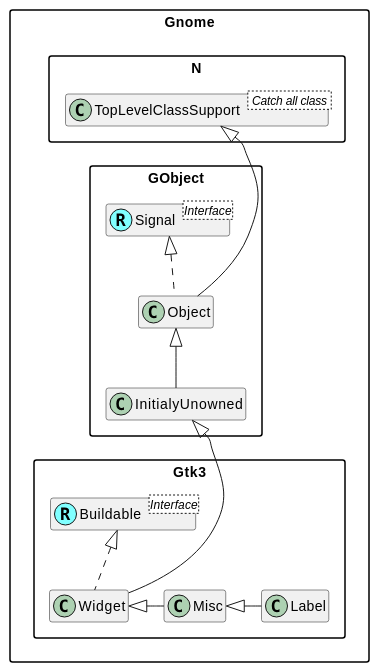
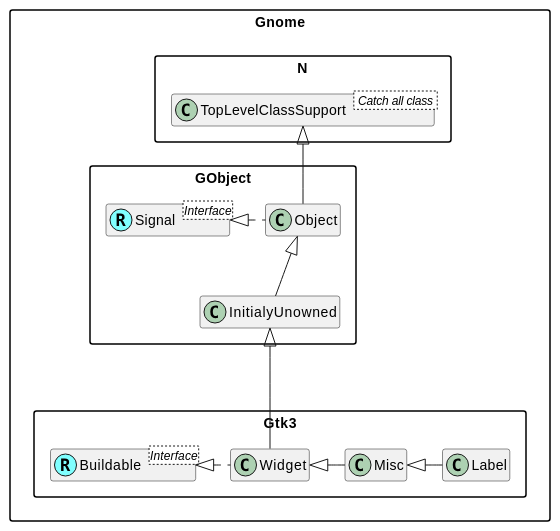
One commit to MARTIMM/gnome-gtk3 changed the diagram in doc/plantuml/Label.md. Above: the diagram before and after it, drawn with PlantUML. The commit also changed other lines of this file and 1 other file, not shown here.

Commit message:
label uml

````diff
--- a/doc/plantuml/Label.md
+++ b/doc/plantuml/Label.md
@@ -1,67 +1,30 @@
 ```plantuml
 @startuml
 'scale 0.9
 skinparam packageStyle rectangle
 skinparam stereotypeCBackgroundColor #80ffff
 set namespaceSeparator ::
 hide members
 
 
 class Gnome::N::TopLevelClassSupport < Catch all class >
-Gnome::N::TopLevelClassSupport <|--- Gnome::GObject::Object
+Gnome::N::TopLevelClassSupport <|-- Gnome::GObject::Object
 
 Interface Gnome::GObject::Signal <Interface>
 class Gnome::GObject::Signal <<(R,#80ffff)>>
 
 Interface Gnome::Gtk3::Buildable <Interface>
 class Gnome::Gtk3::Buildable <<(R,#80ffff)>>
 
-'class Gnome::GObject::InitialyUnowned
-'class Gnome::GObject::Object
+
 Gnome::GObject::Object <|-- Gnome::GObject::InitialyUnowned
-'Gnome::GObject::Object *-> Gnome::GObject::Signal
-Gnome::GObject::Signal <|.. Gnome::GObject::Object
+Gnome::GObject::Signal <|. Gnome::GObject::Object
 
 Gnome::GObject::InitialyUnowned <|--- Gnome::Gtk3::Widget
-class Gnome::Gtk3::Widget implements Gnome::Gtk3::Buildable
+Gnome::Gtk3::Buildable <|. Gnome::Gtk3::Widget
 
-'Gnome::Gtk3::Bin <|- Gnome::Gtk3::Button
 Gnome::Gtk3::Misc <|- Gnome::Gtk3::Label
 Gnome::Gtk3::Widget <|- Gnome::Gtk3::Misc
-
-'Gnome::Gtk3::Button -|> Gnome::Gtk3::Bin
-'Gnome::Gtk3::Bin -|> Gnome::Gtk3::Container
-'Gnome::Gtk3::Container -|> Gnome::Gtk3::Widget
-'Gnome::Gtk3::Stack -|> Gnome::Gtk3::Container
-
-
-
-'class Gnome::Gtk3::Button implements Gnome::Gtk3::Actionable
-
-'Interface Gnome::Gtk3::Orientable <Interface>
-'Gnome::Gtk3::Orientable <|-- Gnome::Gtk3::ScaleButton
-
-'Interface Gnome::Gtk3::ColorChooser <Interface>
-'Gnome::Gtk3::ColorChooser <|-- Gnome::Gtk3::ColorButton
-
-'Interface Gnome::Gtk3::FontChooser <Interface>
-'Gnome::Gtk3::FontChooser <|-- Gnome::Gtk3::FontButton
-
-'Gnome::GObject <--[hidden]- Gnome::Gtk3
-
-
-
-'Gnome::Gtk3::Button <|-- Gnome::Gtk3::ToggleButton
-'Gnome::Gtk3::Button <|-- Gnome::Gtk3::ColorButton
-'Gnome::Gtk3::ToggleButton <|-- Gnome::Gtk3::CheckButton
-'Gnome::Gtk3::ToggleButton <|-- Gnome::Gtk3::MenuButton
-'Gnome::Gtk3::CheckButton <|-- Gnome::Gtk3::RadioButton
-'Gnome::Gtk3::Button <|--- Gnome::Gtk3::FontButton
-'Gnome::Gtk3::Button <|-- Gnome::Gtk3::LinkButton
-'Gnome::Gtk3::Button <|-- Gnome::Gtk3::LockButton
-'Gnome::Gtk3::Button <|-- Gnome::Gtk3::ModelButton
-'Gnome::Gtk3::Button <|-- Gnome::Gtk3::ScaleButton
-'Gnome::Gtk3::ScaleButton <|-- Gnome::Gtk3::VolumeButton
 @enduml
 
 ```
````
